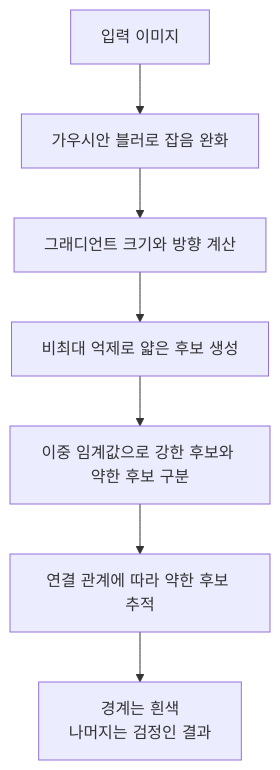
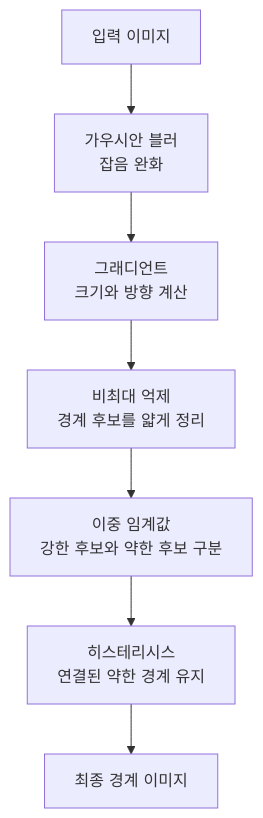
Before and after one commit to jaemin-devlog/AI-Study: the second of 2 diagrams in topics/computer-vision/03-이미지-필터링과-에지-검출.md, drawn with Mermaid. The commit also changed other lines of this file and 4 other files, not shown here.

````diff
--- a/topics/computer-vision/03-이미지-필터링과-에지-검출.md
+++ b/topics/computer-vision/03-이미지-필터링과-에지-검출.md
@@ -168,9 +57,9 @@
 ```mermaid
 flowchart TB
-    A[입력 이미지] --> B[가우시안 블러로 잡음 완화]
-    B --> C[그래디언트 크기와 방향 계산]
-    C --> D[비최대 억제로 얇은 후보 생성]
-    D --> E[이중 임계값으로 강한 후보와 약한 후보 구분]
-    E --> F[연결 관계에 따라 약한 후보 추적]
-    F --> G[경계는 흰색<br/>나머지는 검정인 결과]
+    A[입력 이미지] --> B[가우시안 블러<br/>잡음 완화]
+    B --> C[그래디언트<br/>크기와 방향 계산]
+    C --> D[비최대 억제<br/>경계 후보를 얇게 정리]
+    D --> E[이중 임계값<br/>강한 후보와 약한 후보 구분]
+    E --> F[히스테리시스<br/>연결된 약한 경계 유지]
+    F --> G[최종 경계 이미지]
 ```
````
